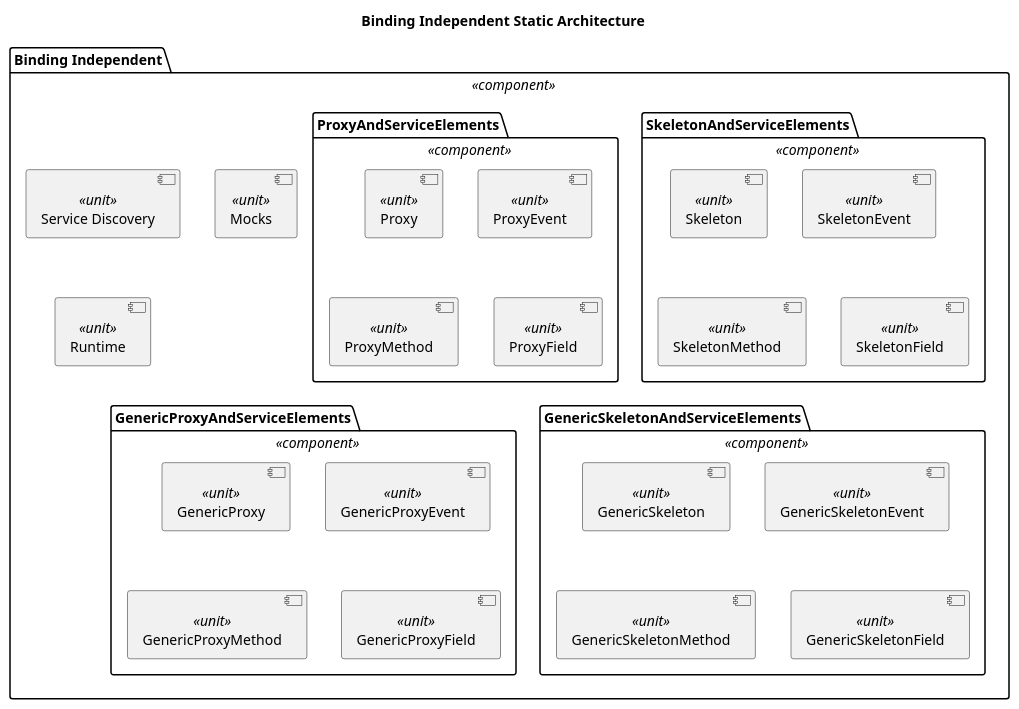
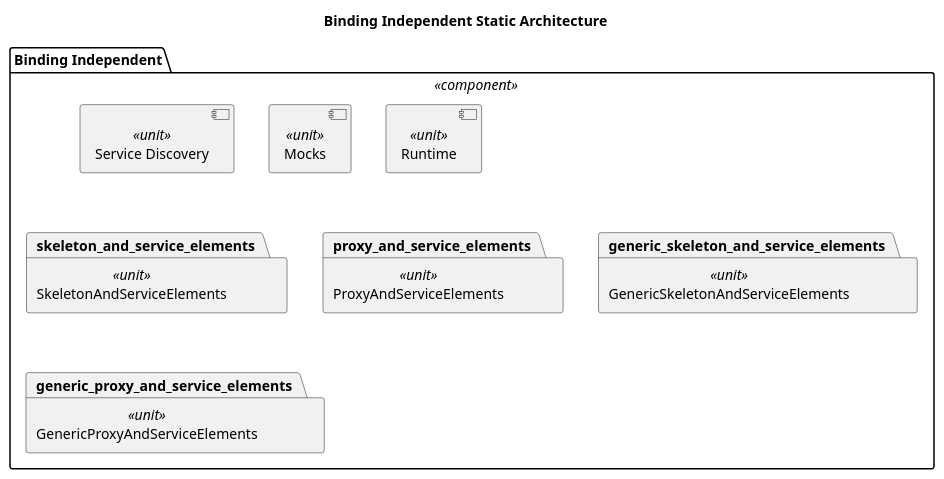
One commit to eclipse-score/communication changed the diagram in score/mw/com/dependability/software_architectural_design/static_design/binding_independent.puml. Above: the diagram before and after it, drawn with PlantUML.

Commit message:
mw/com: Use coarser component in binding independant static design

```diff
--- a/score/mw/com/dependability/software_architectural_design/static_design/binding_independent.puml
+++ b/score/mw/com/dependability/software_architectural_design/static_design/binding_independent.puml
@@ -13,38 +13,18 @@
 @startuml safety_sentinel_binding_independent_design
 title "Binding Independent Static Architecture"
 
 package "Binding Independent" as binding_independent <<component>> {
   component "Service Discovery" as service_discovery <<unit>> 
   component "Mocks" as mocks <<unit>> 
   component "Runtime" as runtime <<unit>> 
 
-  package "SkeletonAndServiceElements" as skeleton_and_service_elements <<component>>  {
-    component "Skeleton" as impl_skeleton <<unit>> 
-    component "SkeletonEvent" as impl_skeleton_event <<unit>> 
-    component "SkeletonMethod" as impl_skeleton_method <<unit>> 
-    component "SkeletonField" as impl_skeleton_field <<unit>> 
-  }
+  package "SkeletonAndServiceElements" as skeleton_and_service_elements <<unit>>
 
-  package "ProxyAndServiceElements" as proxy_and_service_elements <<component>>  {
-    component "Proxy" as impl_proxy <<unit>> 
-    component "ProxyEvent" as impl_proxy_event <<unit>> 
-    component "ProxyMethod" as impl_proxy_method <<unit>> 
-    component "ProxyField" as impl_proxy_field <<unit>> 
-  }
+  package "ProxyAndServiceElements" as proxy_and_service_elements <<unit>>
 
-  package "GenericSkeletonAndServiceElements" as generic_skeleton_and_service_elements <<component>>  {
-    component "GenericSkeleton" as impl_generic_skeleton <<unit>> 
-    component "GenericSkeletonEvent" as impl_generic_skeleton_event <<unit>> 
-    component "GenericSkeletonMethod" as impl_generic_skeleton_method <<unit>> 
-    component "GenericSkeletonField" as impl_generic_skeleton_field <<unit>> 
-  }
+  package "GenericSkeletonAndServiceElements" as generic_skeleton_and_service_elements <<unit>>
 
-  package "GenericProxyAndServiceElements" as generic_proxy_and_service_elements <<component>>  {
-    component "GenericProxy" as impl_generic_proxy <<unit>> 
-    component "GenericProxyEvent" as impl_generic_proxy_event <<unit>> 
-    component "GenericProxyMethod" as impl_generic_proxy_method <<unit>> 
-    component "GenericProxyField" as impl_generic_proxy_field <<unit>> 
-  }
+  package "GenericProxyAndServiceElements" as generic_proxy_and_service_elements <<unit>>
 }
 
 @enduml
```
